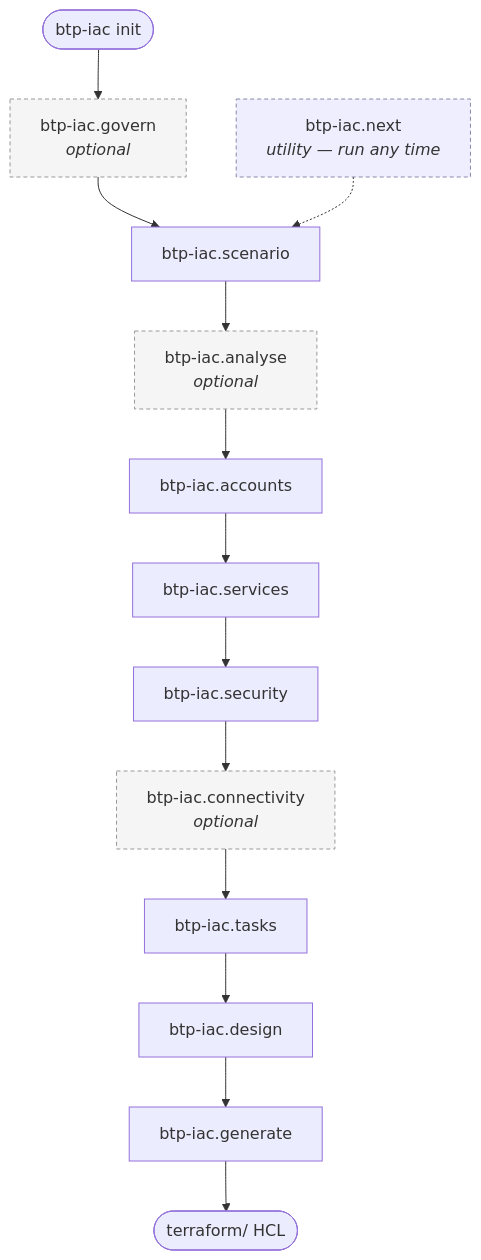
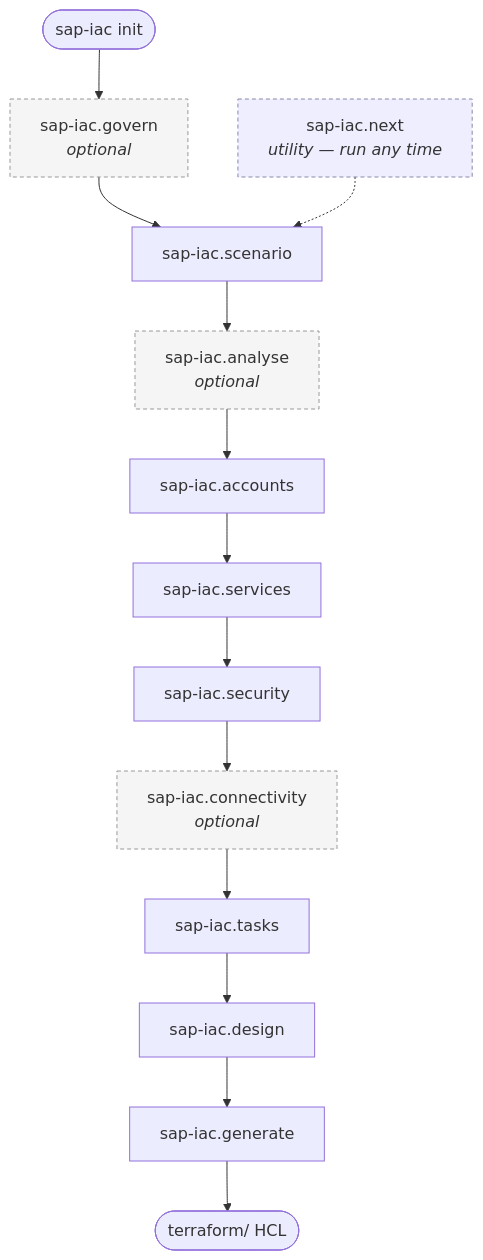
One commit to SAP/iac-spec-kit-for-sap-business-ai-platform changed the diagram in docs/usage.md. Above: the diagram before and after it, drawn with Mermaid. The commit also changed other lines of this file and 78 other files, not shown here.

````diff
--- a/docs/usage.md
+++ b/docs/usage.md
@@ -95,22 +95,22 @@
 ```mermaid
 flowchart TD
-    init([btp-iac init]) --> govern
+    init([sap-iac init]) --> govern
 
-    govern["btp-iac.govern<br/><i>optional</i>"] --> scenario[btp-iac.scenario]
-    scenario --> analyse["btp-iac.analyse<br/><i>optional</i>"]
-    analyse --> accounts[btp-iac.accounts]
-    accounts --> services[btp-iac.services]
-    services --> security[btp-iac.security]
-    security --> connectivity["btp-iac.connectivity<br/><i>optional</i>"]
-    connectivity --> tasks[btp-iac.tasks]
-    tasks --> design[btp-iac.design]
-    design --> generate[btp-iac.generate]
+    govern["sap-iac.govern<br/><i>optional</i>"] --> scenario[sap-iac.scenario]
+    scenario --> analyse["sap-iac.analyse<br/><i>optional</i>"]
+    analyse --> accounts[sap-iac.accounts]
+    accounts --> services[sap-iac.services]
+    services --> security[sap-iac.security]
+    security --> connectivity["sap-iac.connectivity<br/><i>optional</i>"]
+    connectivity --> tasks[sap-iac.tasks]
+    tasks --> design[sap-iac.design]
+    design --> generate[sap-iac.generate]
     generate --> tf([terraform/ HCL])
 
-    next["btp-iac.next<br/><i>utility — run any time</i>"] -.-> scenario
+    next["sap-iac.next<br/><i>utility — run any time</i>"] -.-> scenario
 
     classDef optional fill:#f5f5f5,stroke:#999,stroke-dasharray:4 3;
     classDef util fill:#eef,stroke:#88a,stroke-dasharray:4 3;
     class govern,analyse,connectivity optional;
     class next util;
 ```
````
